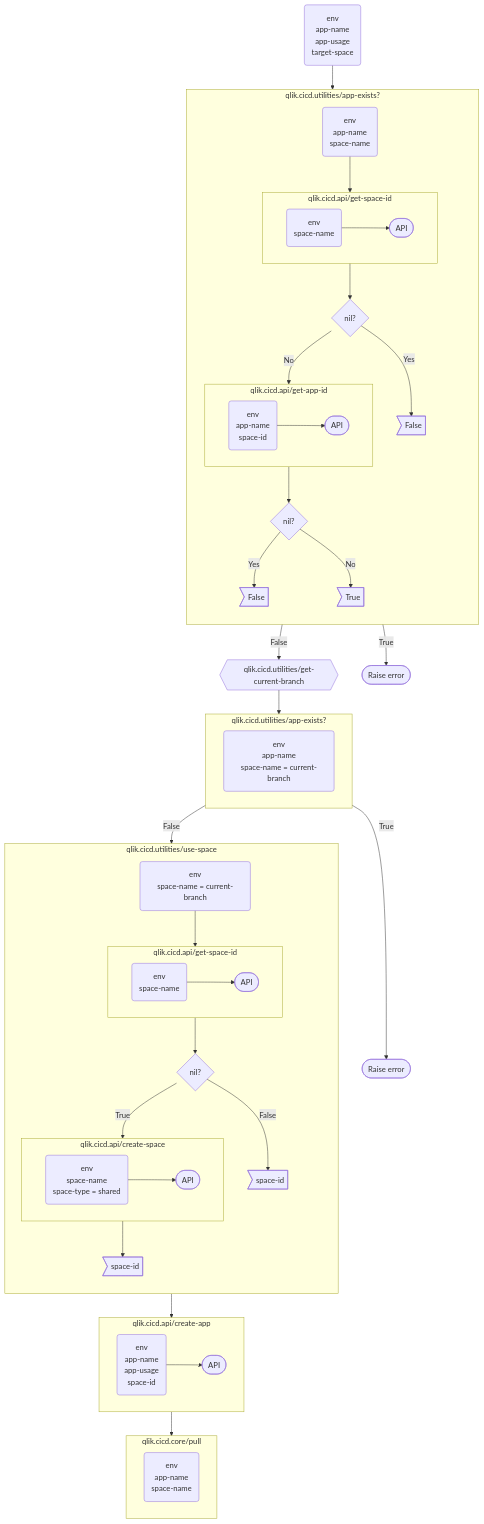
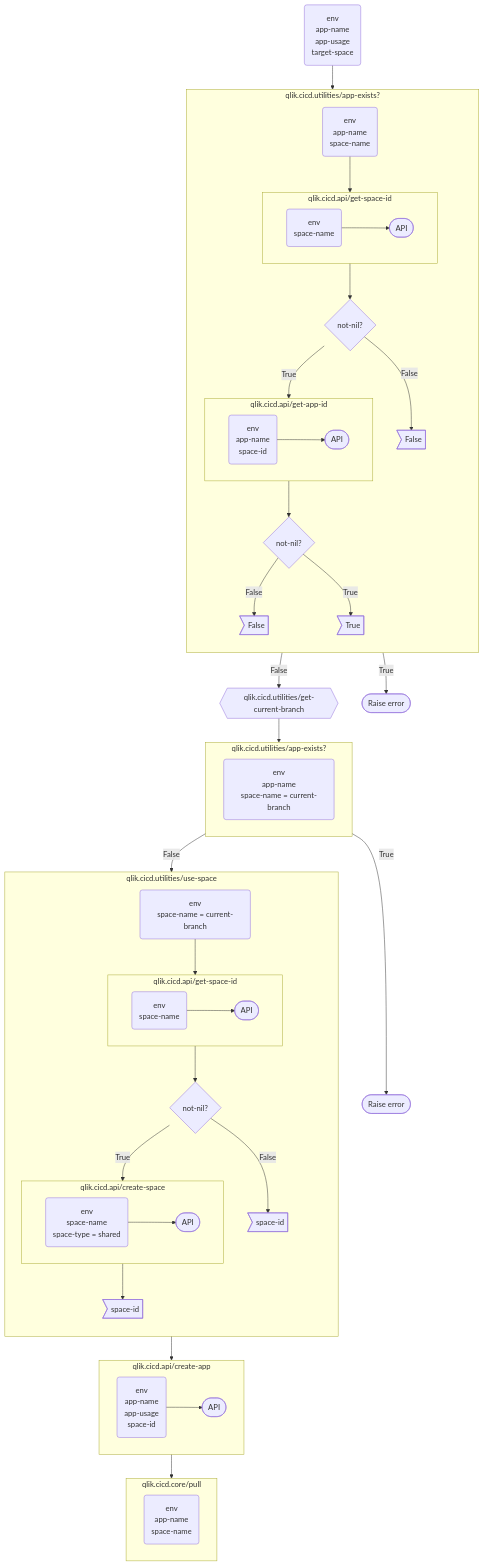
Before and after one commit to mattiasthalen/qlik-cicd-cli: the second of 2 diagrams in README.md, drawn with Mermaid.

Commit message:
Replace nil? with not-nil? in init flowchart

```diff
--- a/README.md
+++ b/README.md
@@ -38,7 +38,7 @@
             get_space_id__input --> get_space_id__api
         end
 
-        is_space_id_null@{shape: decision, label: "nil?"}
+        is_space_id_not_null@{shape: decision, label: "not-nil?"}
         app_exists__return__false__space@{shape: odd, label: "False"}
 
         subgraph get_app_id["qlik.cicd.api/get-app-id"]
@@ -48,18 +48,18 @@
             get_app_id__input --> get_app_id__api
         end
 
-        is_app_id_null@{shape: decision, label: "nil?"}
+        is_app_id_not_null@{shape: decision, label: "not-nil?"}
 
         app_exists__return__true@{shape: odd, label: "True"}
         app_exists__return__false__app@{shape: odd, label: "False"}
 
         app_exists__input --> get_space_id
-        get_space_id --> is_space_id_null
-        is_space_id_null -->|Yes| app_exists__return__false__space
-        is_space_id_null -->|No| get_app_id
-        get_app_id --> is_app_id_null
-        is_app_id_null -->|Yes| app_exists__return__false__app
-        is_app_id_null -->|No| app_exists__return__true
+        get_space_id --> is_space_id_not_null
+        is_space_id_not_null -->|False| app_exists__return__false__space
+        is_space_id_not_null -->|True| get_app_id
+        get_app_id --> is_app_id_not_null
+        is_app_id_not_null -->|False| app_exists__return__false__app
+        is_app_id_not_null -->|True| app_exists__return__true
 
     end
     get_current_branch@{shape: prepare, label: "qlik.cicd.utilities/get-current-branch"}
@@ -78,7 +78,7 @@
 
             use_space__get_space_id__input --> use_space__get_space_id__api
         end
-        use_space__is_space_id_null@{shape: decision, label: "nil?"}
+        use_space__is_space_id_null@{shape: decision, label: "not-nil?"}
         use_space__return__get@{shape: odd, label: "space-id"}
 
         subgraph create_space["qlik.cicd.api/create-space"]
```
